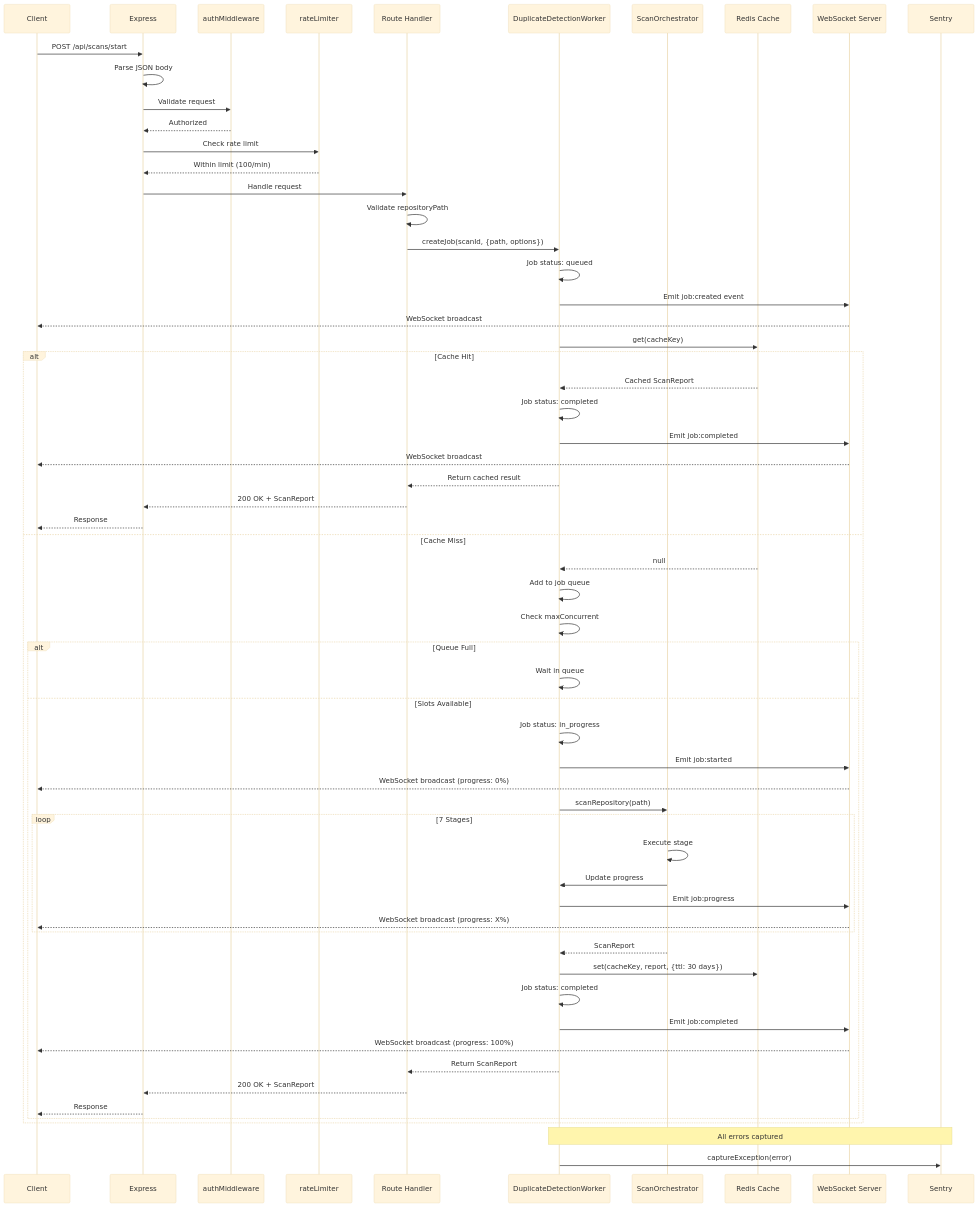
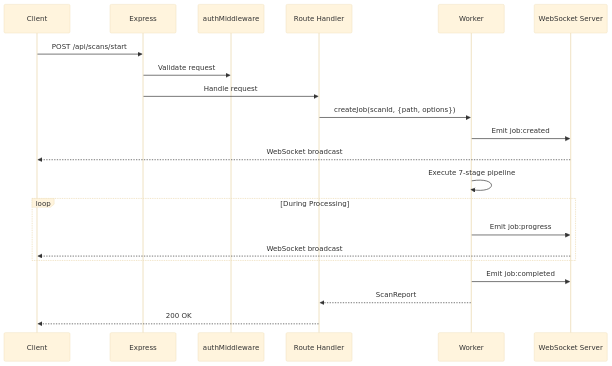
Before and after one commit to integritystudio/AlephAuto: the fourth of 7 diagrams in docs/dashboard_ui/DATAFLOW_DIAGRAMS.md, drawn with Mermaid (base theme). The commit also changed other lines of this file and 1 other file, not shown here.

First line of the commit message:
docs(dashboard): condense DASHBOARD.md and DATAFLOW_DIAGRAMS.md, add changelog

````diff
--- a/docs/dashboard_ui/DATAFLOW_DIAGRAMS.md
+++ b/docs/dashboard_ui/DATAFLOW_DIAGRAMS.md
@@ -688,72 +226,27 @@
 ```mermaid
 sequenceDiagram
     participant Client
     participant Express
     participant Auth as authMiddleware
-    participant RateLimit as rateLimiter
     participant Route as Route Handler
-    participant Worker as DuplicateDetectionWorker
-    participant Orchestrator as ScanOrchestrator
-    participant Cache as Redis Cache
+    participant Worker
     participant WS as WebSocket Server
-    participant Sentry
 
     Client->>Express: POST /api/scans/start
-    Express->>Express: Parse JSON body
     Express->>Auth: Validate request
-    Auth-->>Express: Authorized
-    Express->>RateLimit: Check rate limit
-    RateLimit-->>Express: Within limit (100/min)
     Express->>Route: Handle request
-
-    Route->>Route: Validate repositoryPath
     Route->>Worker: createJob(scanId, {path, options})
-    Worker->>Worker: Job status: queued
-    Worker->>WS: Emit job:created event
+    Worker->>WS: Emit job:created
     WS-->>Client: WebSocket broadcast
 
-    Worker->>Cache: get(cacheKey)
+    Worker->>Worker: Execute 7-stage pipeline
 
-    alt Cache Hit
-        Cache-->>Worker: Cached ScanReport
-        Worker->>Worker: Job status: completed
-        Worker->>WS: Emit job:completed
+    loop During Processing
+        Worker->>WS: Emit job:progress
         WS-->>Client: WebSocket broadcast
-        Worker-->>Route: Return cached result
-        Route-->>Express: 200 OK + ScanReport
-        Express-->>Client: Response
-    else Cache Miss
-        Cache-->>Worker: null
-        Worker->>Worker: Add to job queue
-        Worker->>Worker: Check maxConcurrent
-
-        alt Queue Full
-            Worker->>Worker: Wait in queue
-        else Slots Available
-            Worker->>Worker: Job status: in_progress
-            Worker->>WS: Emit job:started
-            WS-->>Client: WebSocket broadcast (progress: 0%)
-
-            Worker->>Orchestrator: scanRepository(path)
-
-            loop 7 Stages
-                Orchestrator->>Orchestrator: Execute stage
-                Orchestrator->>Worker: Update progress
-                Worker->>WS: Emit job:progress
-                WS-->>Client: WebSocket broadcast (progress: X%)
-            end
-
-            Orchestrator-->>Worker: ScanReport
-            Worker->>Cache: set(cacheKey, report, {ttl: 30 days})
-            Worker->>Worker: Job status: completed
-            Worker->>WS: Emit job:completed
-            WS-->>Client: WebSocket broadcast (progress: 100%)
-            Worker-->>Route: Return ScanReport
-            Route-->>Express: 200 OK + ScanReport
-            Express-->>Client: Response
-        end
     end
 
-    Note over Worker,Sentry: All errors captured
-    Worker->>Sentry: captureException(error)
+    Worker->>WS: Emit job:completed
+    Worker-->>Route: ScanReport
+    Route-->>Client: 200 OK
 ```
````
